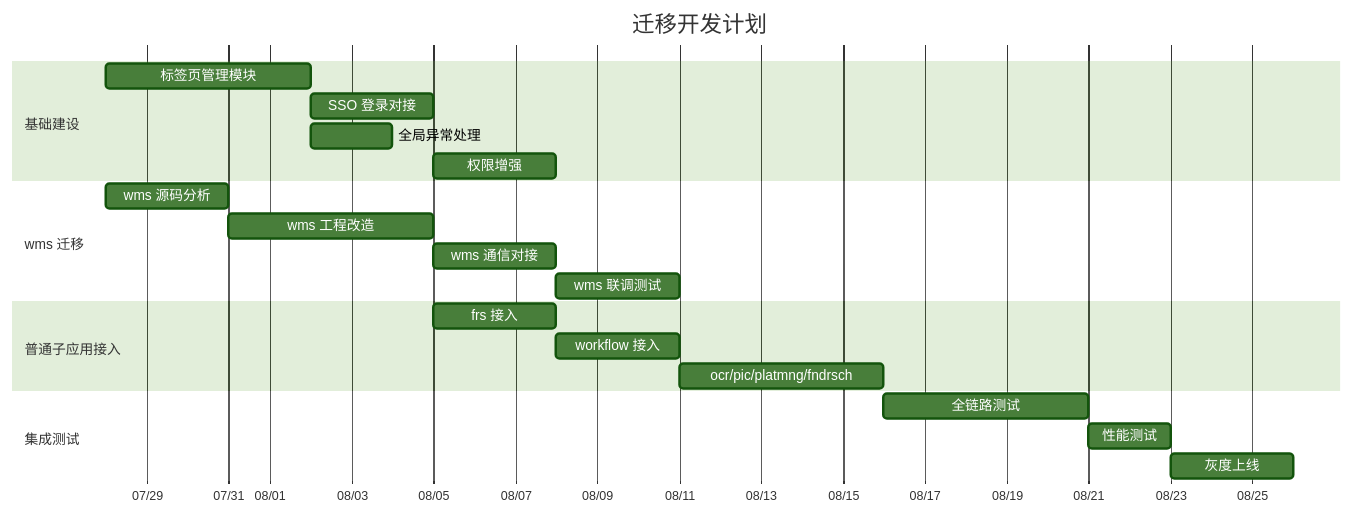
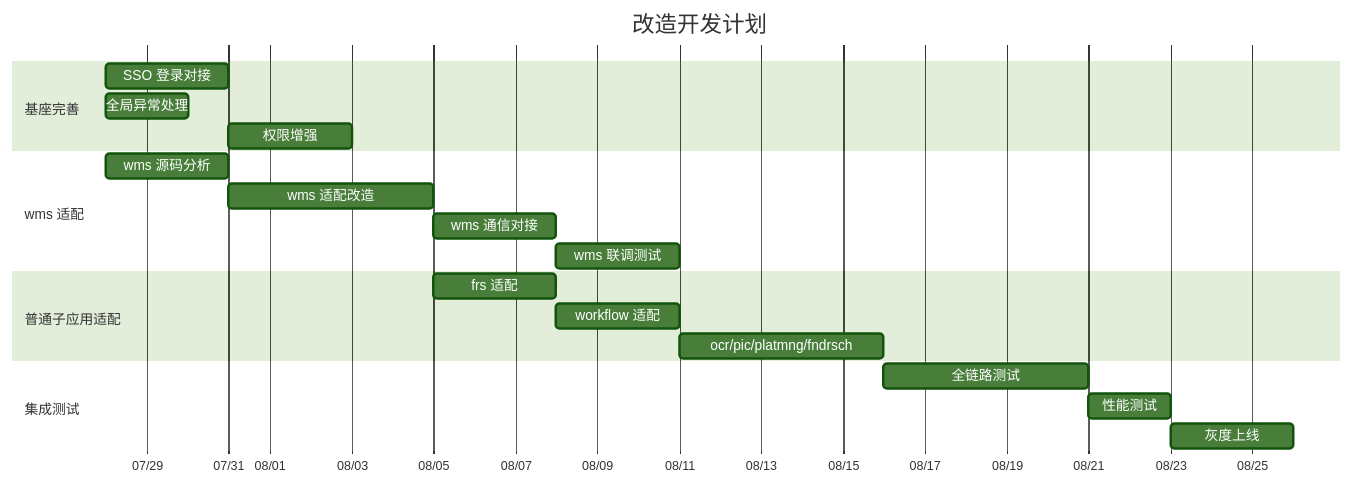
The seventh of 7 diagrams in fmac-front-main/docs/framework-migration-plan.md (13837678992/learning-lab), drawn with Mermaid (forest theme) before and after one commit. The commit also changed other lines of this file and 21 other files, not shown here.

````diff
--- a/fmac-front-main/docs/framework-migration-plan.md
+++ b/fmac-front-main/docs/framework-migration-plan.md
@@ -869,28 +903,27 @@
 ```mermaid
 gantt
-    title 迁移开发计划
+    title 改造开发计划
     dateFormat  YYYY-MM-DD
     axisFormat  %m/%d
 
-    section 基础建设
-    标签页管理模块          :a1, 2026-07-28, 5d
-    SSO 登录对接            :a2, after a1, 3d
-    全局异常处理            :a3, after a1, 2d
-    权限增强               :a4, after a2, 3d
+    section 基座完善
+    SSO 登录对接            :a1, 2026-07-28, 3d
+    全局异常处理            :a2, 2026-07-28, 2d
+    权限增强               :a3, after a1, 3d
 
-    section wms 迁移
+    section wms 适配
     wms 源码分析            :b1, 2026-07-28, 3d
-    wms 工程改造            :b2, after b1, 5d
+    wms 适配改造            :b2, after b1, 5d
     wms 通信对接            :b3, after b2, 3d
     wms 联调测试            :b4, after b3, 3d
 
-    section 普通子应用接入
-    frs 接入               :c1, after b2, 3d
-    workflow 接入           :c2, after c1, 3d
+    section 普通子应用适配
+    frs 适配               :c1, after b2, 3d
+    workflow 适配           :c2, after c1, 3d
     ocr/pic/platmng/fndrsch :c3, after c2, 5d
 
     section 集成测试
     全链路测试              :d1, after c3, 5d
     性能测试               :d2, after d1, 2d
     灰度上线               :d3, after d2, 3d
 ```
````
